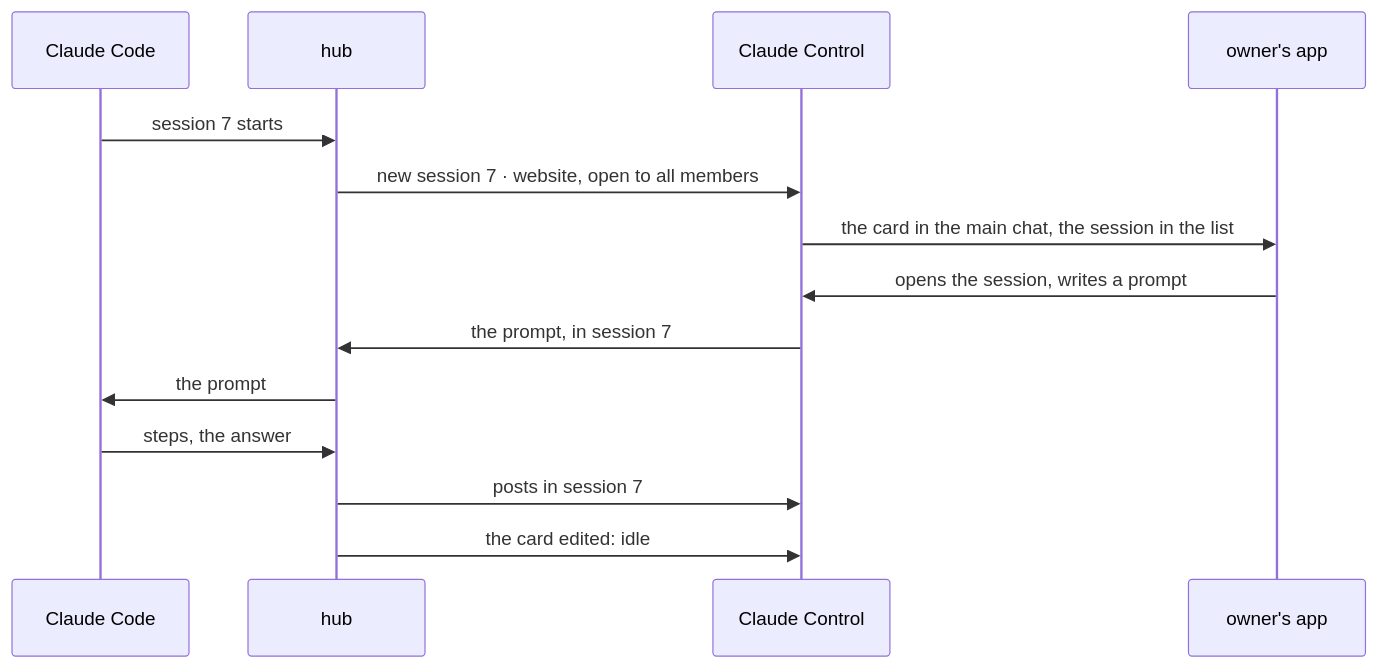
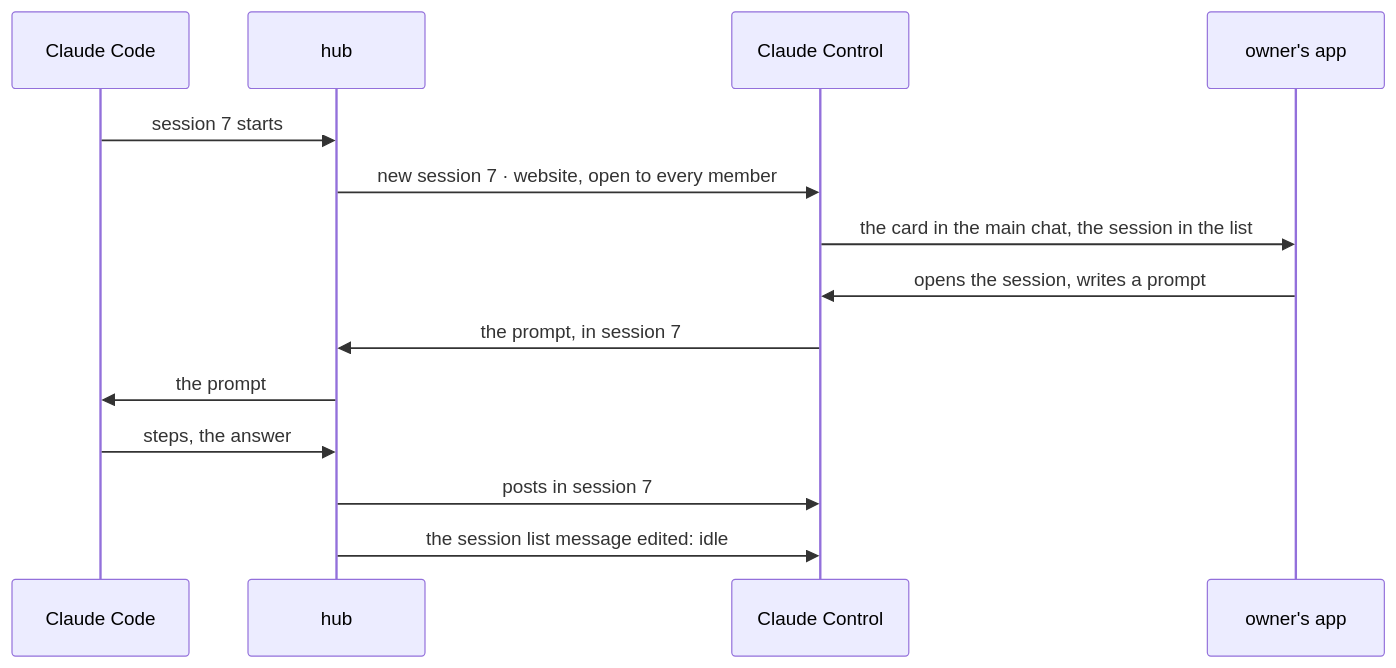
The second of 5 diagrams in plans/2026-11-13-mcp-threads.md (evgeny-simplex/simplex-chat), drawn with Mermaid before and after one commit. The commit also changed other lines of this file, not shown here.

````diff
--- a/plans/2026-11-13-mcp-threads.md
+++ b/plans/2026-11-13-mcp-threads.md
@@ -94,16 +97,16 @@
 ```mermaid
 sequenceDiagram
   participant CC as Claude Code
   participant H as hub
   participant G as Claude Control
   participant O as owner's app
   CC->>H: session 7 starts
-  H->>G: new session 7 · website, open to all members
+  H->>G: new session 7 · website, open to every member
   G->>O: the card in the main chat, the session in the list
   O->>G: opens the session, writes a prompt
   G->>H: the prompt, in session 7
   H->>CC: the prompt
   CC->>H: steps, the answer
   H->>G: posts in session 7
-  H->>G: the card edited: idle
+  H->>G: the session list message edited: idle
 ```
````
